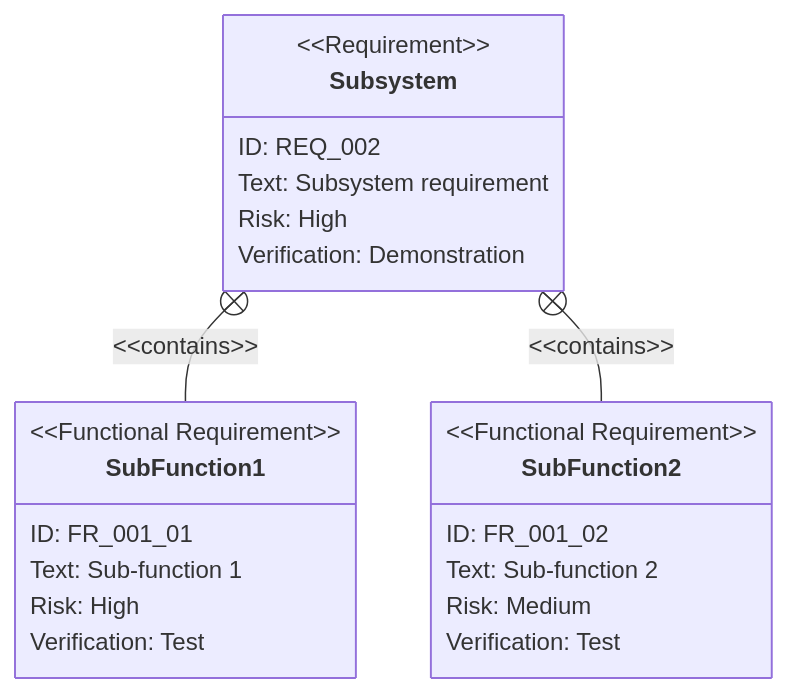
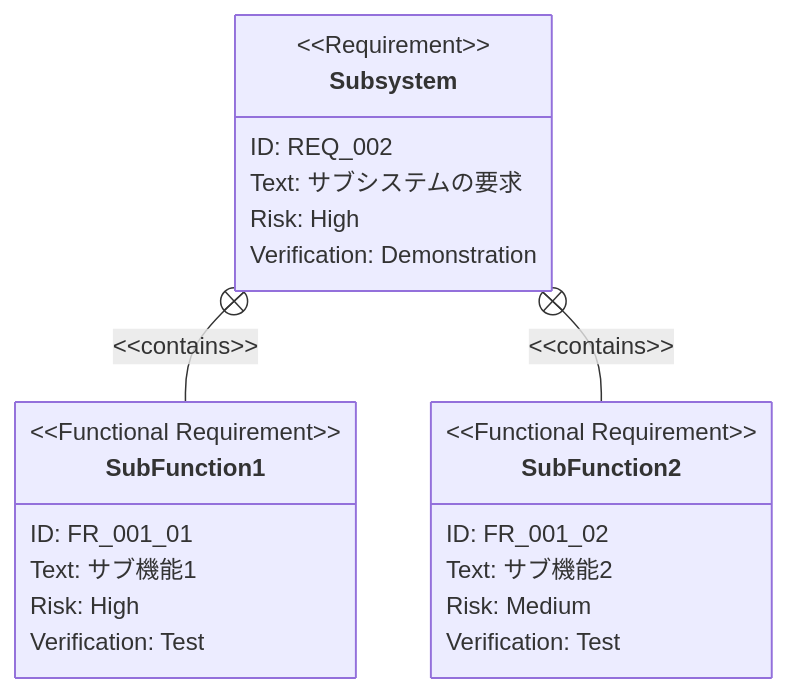
Before and after one commit to ToshikiImagawa/Buruma: the fourth of 4 diagrams in .sdd/PRD_TEMPLATE.md, drawn with Mermaid. The commit also changed other lines of this file and 3 other files, not shown here.

````diff
--- a/.sdd/PRD_TEMPLATE.md
+++ b/.sdd/PRD_TEMPLATE.md
@@ -218,26 +218,26 @@
 ```mermaid
 requirementDiagram
     requirement Subsystem {
         id: REQ_002
-        text: "Subsystem requirement"
+        text: "サブシステムの要求"
         risk: high
         verifymethod: demonstration
     }
 
     functionalRequirement SubFunction1 {
         id: FR_001_01
-        text: "Sub-function 1"
+        text: "サブ機能1"
         risk: high
         verifymethod: test
     }
 
     functionalRequirement SubFunction2 {
         id: FR_001_02
-        text: "Sub-function 2"
+        text: "サブ機能2"
         risk: medium
         verifymethod: test
     }
 
     Subsystem - contains -> SubFunction1
     Subsystem - contains -> SubFunction2
 ```
````
